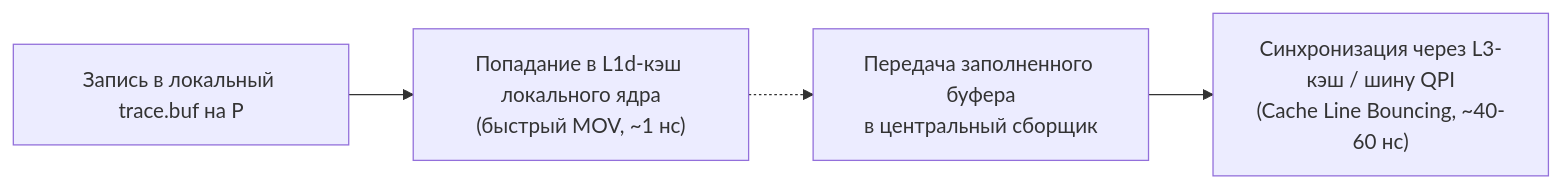
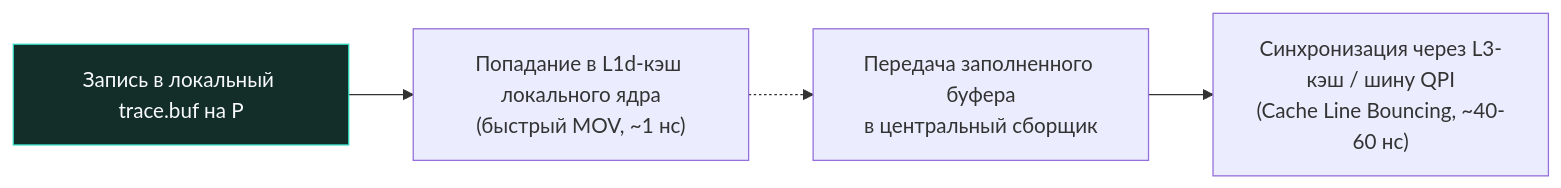
One commit to UnrealTemplier/go-textbook changed the second of 2 diagrams in sources/16. Профилирование, отладка и производительность/08. Runtime и инструменты/3. execution tracer.md. Above: the diagram before and after it, drawn with Mermaid. The commit also changed other lines of this file and 1666 other files, not shown here.

First line of the commit message:
feat(mermaid): add semantic color classDef to 1369 colorless flowchart/graph diagrams

````diff
--- a/sources/16. Профилирование, отладка и производительность/08. Runtime и инструменты/3. execution tracer.md
+++ b/sources/16. Профилирование, отладка и производительность/08. Runtime и инструменты/3. execution tracer.md
@@ -217,6 +227,16 @@
 ```mermaid
 flowchart LR
-    LocalWrite["Запись в локальный trace.buf на P"] --> L1Cache["Попадание в L1d-кэш локального ядра<br/>(быстрый MOV, ~1 нс)"]
+    classDef process  fill:#1e293b,stroke:#38bdf8,stroke-width:1px,color:#f8fafc
+    classDef success  fill:#064e3b,stroke:#34d399,stroke-width:1px,color:#f8fafc
+    classDef error    fill:#7f1d1d,stroke:#f87171,stroke-width:1px,color:#f8fafc
+    classDef warning  fill:#78350f,stroke:#fbbf24,stroke-width:1px,color:#f8fafc
+    classDef entry    fill:#1e3a5f,stroke:#38bdf8,stroke-width:2px,color:#f8fafc
+    classDef aux      fill:#334155,stroke:#64748b,stroke-width:1px,color:#f8fafc
+    classDef system   fill:#312e81,stroke:#a78bfa,stroke-width:1px,color:#f8fafc
+    classDef data     fill:#132d29,stroke:#2dd4bf,stroke-width:1px,color:#f8fafc
+    classDef network  fill:#881337,stroke:#fb7185,stroke-width:1px,color:#f8fafc
+    classDef accent   fill:#1e1b4b,stroke:#818cf8,stroke-width:1px,color:#f8fafc
+    LocalWrite["Запись в локальный trace.buf на P"]:::data --> L1Cache["Попадание в L1d-кэш локального ядра<br/>(быстрый MOV, ~1 нс)"]
     L1Cache -.-> Flushed["Передача заполненного буфера<br/>в центральный сборщик"]
     Flushed --> CrossCore["Синхронизация через L3-кэш / шину QPI<br/>(Cache Line Bouncing, ~40-60 нс)"]
 ```
````
